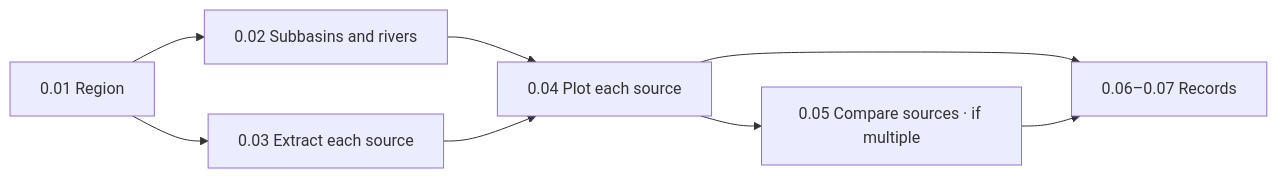
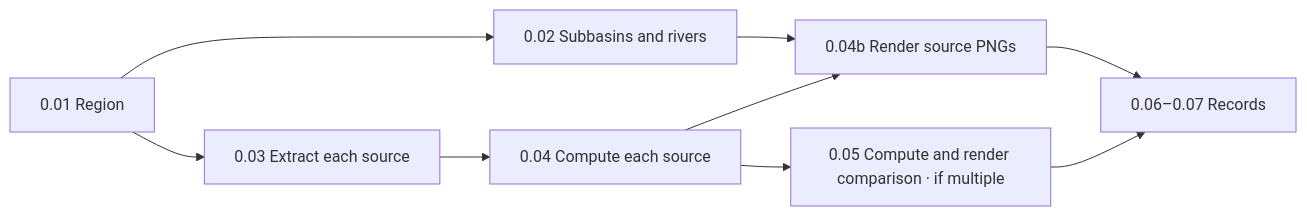
The diagram in docs/site/toolbox-reference/workflow-analyze-climate.qmd (tanerumit/blueearth_cst), drawn with Mermaid before and after one commit. The commit also changed other lines of this file and 30 other files, not shown here.

````diff
--- a/docs/site/toolbox-reference/workflow-analyze-climate.qmd
+++ b/docs/site/toolbox-reference/workflow-analyze-climate.qmd
@@ -24,10 +28,11 @@
 ```{mermaid}
 flowchart LR
   A["0.01 Region"] --> B["0.02 Subbasins and rivers"]
   A --> C["0.03 Extract each source"]
-  B --> D["0.04 Plot each source"]
-  C --> D
-  D --> E["0.05 Compare sources · if multiple"]
-  D --> F["0.06–0.07 Records"]
+  C --> D["0.04 Compute each source"]
+  D --> P["0.04b Render source PNGs"]
+  B --> P
+  D --> E["0.05 Compute and render comparison · if multiple"]
+  P --> F["0.06–0.07 Records"]
   E --> F
 ```
````
